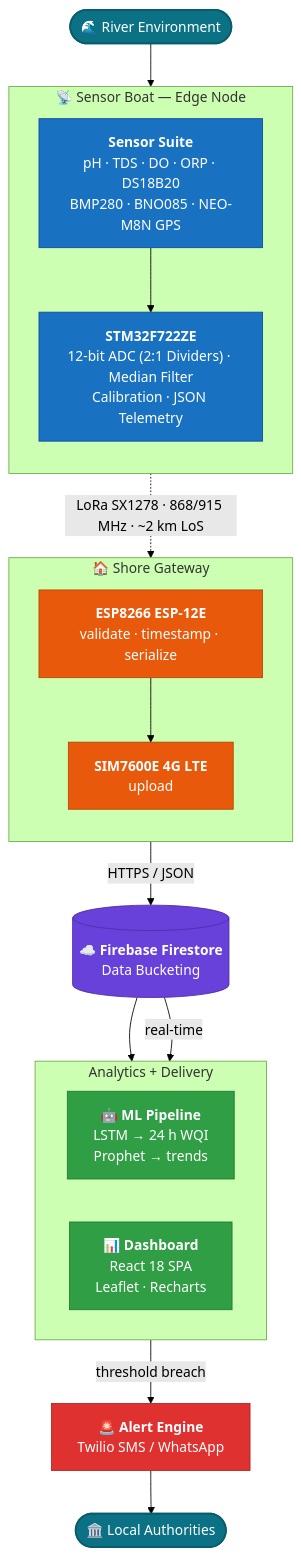
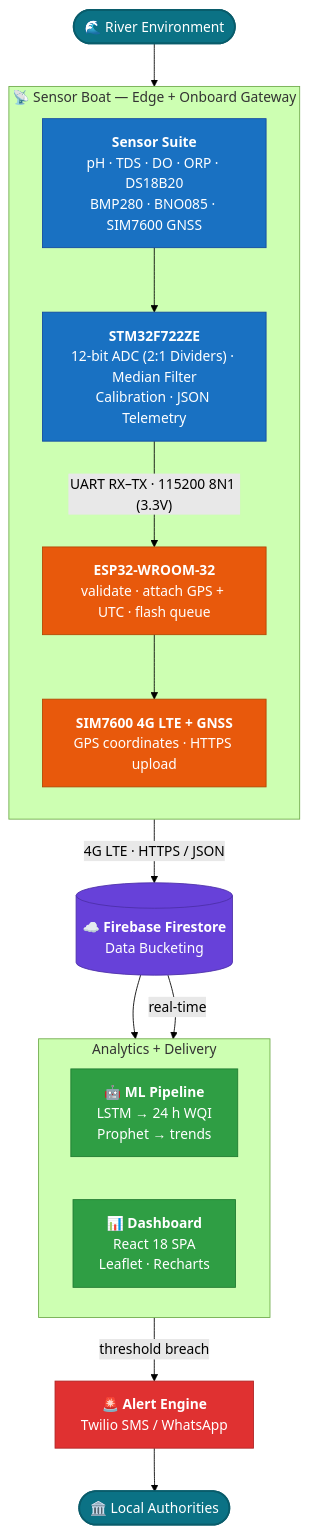
The first of 3 diagrams in profile/README.md (WQM-Project/.github), drawn with Mermaid (forest theme) before and after one commit. The commit also changed other lines of this file, not shown here.

Commit message:
docs: update org architecture diagram to onboard STM32-ESP32 UART + SIM7600 4G/GNSS

````diff
--- a/profile/README.md
+++ b/profile/README.md
@@ -62,51 +62,47 @@
 ```mermaid
 flowchart TB
     RIVER(["🌊 River Environment"])
 
-    subgraph BOAT["📡 Sensor Boat — Edge Node"]
+    subgraph BOAT["📡 Sensor Boat — Edge + Onboard Gateway"]
         direction TB
-        SUITE["<b>Sensor Suite</b><br/>pH · TDS · DO · ORP · DS18B20<br/>BMP280 · BNO085 · NEO-M8N GPS"]
+        SUITE["<b>Sensor Suite</b><br/>pH · TDS · DO · ORP · DS18B20<br/>BMP280 · BNO085 · SIM7600 GNSS"]
         MCU["<b>STM32F722ZE</b><br/>12-bit ADC (2:1 Dividers) · Median Filter<br/>Calibration · JSON Telemetry"]
+        ESP["<b>ESP32-WROOM-32</b><br/>validate · attach GPS + UTC · flash queue"]
+        LTE["<b>SIM7600 4G LTE + GNSS</b><br/>GPS coordinates · HTTPS upload"]
         SUITE --> MCU
-    end
-
-    subgraph SHORE["🏠 Shore Gateway"]
-        direction TB
-        ESP["<b>ESP8266 ESP-12E</b><br/>validate · timestamp · serialize"]
-        LTE["<b>SIM7600E 4G LTE</b><br/>upload"]
+        MCU -->|"UART RX–TX · 115200 8N1 (3.3V)"| ESP
         ESP --> LTE
     end
 
     CLOUD[("☁️ <b>Firebase Firestore</b><br/>Data Bucketing")]
 
     subgraph BRAIN["Analytics + Delivery"]
         direction LR
         ML["🤖 <b>ML Pipeline</b><br/>LSTM → 24 h WQI<br/>Prophet → trends"]
         DASH["📊 <b>Dashboard</b><br/>React 18 SPA<br/>Leaflet · Recharts"]
     end
 
     ALERT["🚨 <b>Alert Engine</b><br/>Twilio SMS / WhatsApp"]
     GOV(["🏛️ Local Authorities"])
 
     RIVER --> SUITE
-    MCU -.->|"LoRa SX1278 · 868/915 MHz · ~2 km LoS"| ESP
-    LTE -->|"HTTPS / JSON"| CLOUD
+    LTE -->|"4G LTE · HTTPS / JSON"| CLOUD
     CLOUD --> ML
     CLOUD -->|"real-time"| DASH
     ML -->|"threshold breach"| ALERT
     ALERT --> GOV
 
     classDef endpoint fill:#0b7285,stroke:#095c6b,stroke-width:2px,color:#ffffff
     classDef edge fill:#1971c2,stroke:#1249a0,color:#ffffff
     classDef relay fill:#e8590c,stroke:#b34700,color:#ffffff
     classDef store fill:#6741d9,stroke:#4c2fa8,color:#ffffff
     classDef action fill:#2f9e44,stroke:#1f7a30,color:#ffffff
     classDef alarm fill:#e03131,stroke:#b02525,color:#ffffff
 
     class RIVER,GOV endpoint
     class SUITE,MCU edge
     class ESP,LTE relay
     class CLOUD store
     class ML,DASH action
     class ALERT alarm
 ```
````
